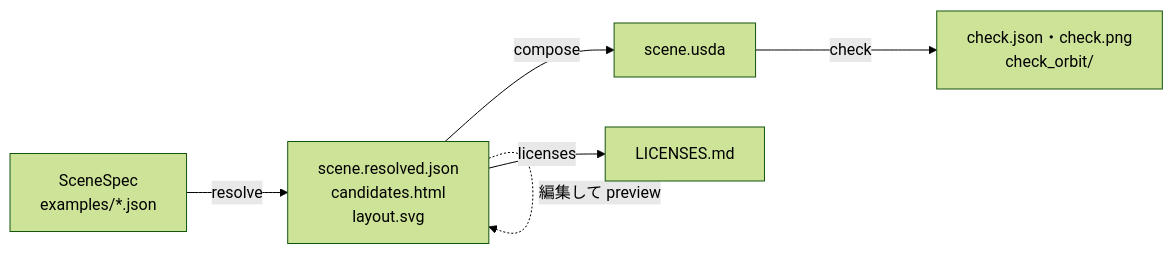
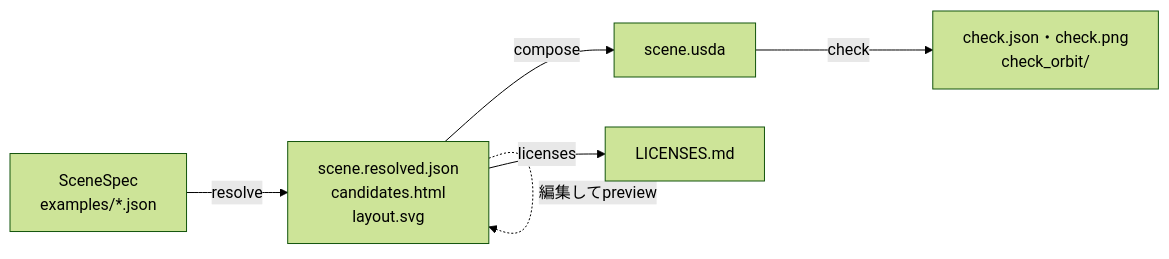
The third of 3 diagrams in docs/getting-started.md (atinfinity/agentic-sim-world-gen), drawn with Mermaid (forest theme) before and after one commit. The commit also changed other lines of this file and 4 other files, not shown here.

Commit message:
Japanese docs: drop half-width spaces between Japanese and ASCII in the mermaid diagrams too

````diff
--- a/docs/getting-started.md
+++ b/docs/getting-started.md
@@ -168,8 +168,8 @@
 ```mermaid
 flowchart LR
   spec["SceneSpec<br/>examples/*.json"] -- "resolve" --> r["scene.resolved.json<br/>candidates.html<br/>layout.svg"]
   r -- "compose" --> u["scene.usda"]
   u -- "check" --> c["check.json・check.png<br/>check_orbit/"]
   r -- "licenses" --> l["LICENSES.md"]
-  r -. "編集して preview" .-> r
+  r -. "編集してpreview" .-> r
 ```
````
